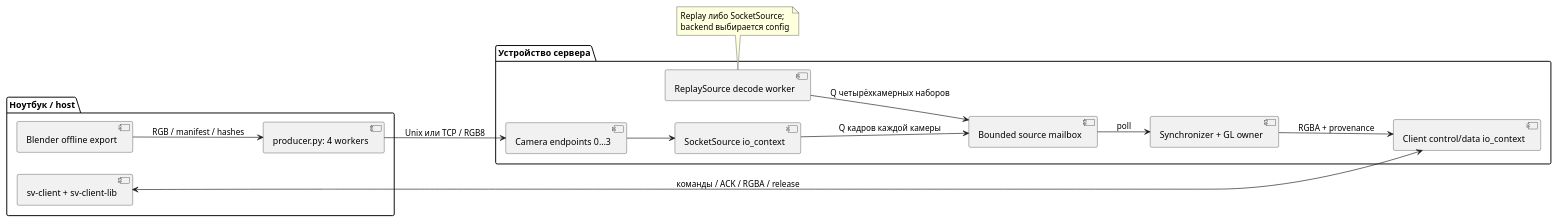
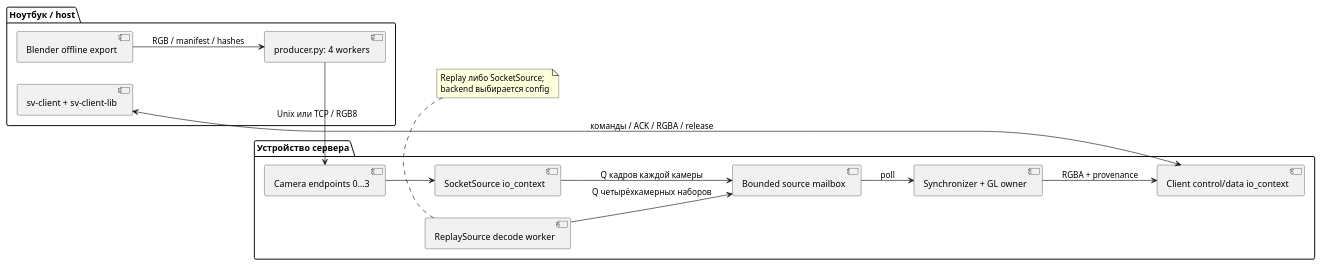
The fourth of 4 diagrams in docs/diploma/03_PROTOTYPE_IMPLEMENTATION.md (AKTOETO/Surround-view), drawn with PlantUML before and after one commit. The commit also changed other lines of this file and 15 other files, not shown here.

````diff
--- a/docs/diploma/03_PROTOTYPE_IMPLEMENTATION.md
+++ b/docs/diploma/03_PROTOTYPE_IMPLEMENTATION.md
@@ -346,27 +346,27 @@
 ```plantuml
 @startuml
 left to right direction
 package "Ноутбук / host" {
   [Blender offline export] as B
   [producer.py: 4 workers] as P
   [sv-client + sv-client-lib] as C
 }
 package "Устройство сервера" {
   [Camera endpoints 0…3] as E
   [SocketSource io_context] as S
   [ReplaySource decode worker] as R
   [Bounded source mailbox] as Q
   [Synchronizer + GL owner] as G
   [Client control/data io_context] as N
 }
 B --> P : RGB / manifest / hashes
-P --> E : Unix или TCP / RGB8
+P -> E : Unix или TCP / RGB8
 E --> S
 S --> Q : Q кадров каждой камеры
 R --> Q : Q четырёхкамерных наборов
 Q --> G : poll
 G --> N : RGBA + provenance
-C <--> N : команды / ACK / RGBA / release
+C <-> N : команды / ACK / RGBA / release
 note bottom of R : Replay либо SocketSource;\nbackend выбирается config
 @enduml
 ```
````
